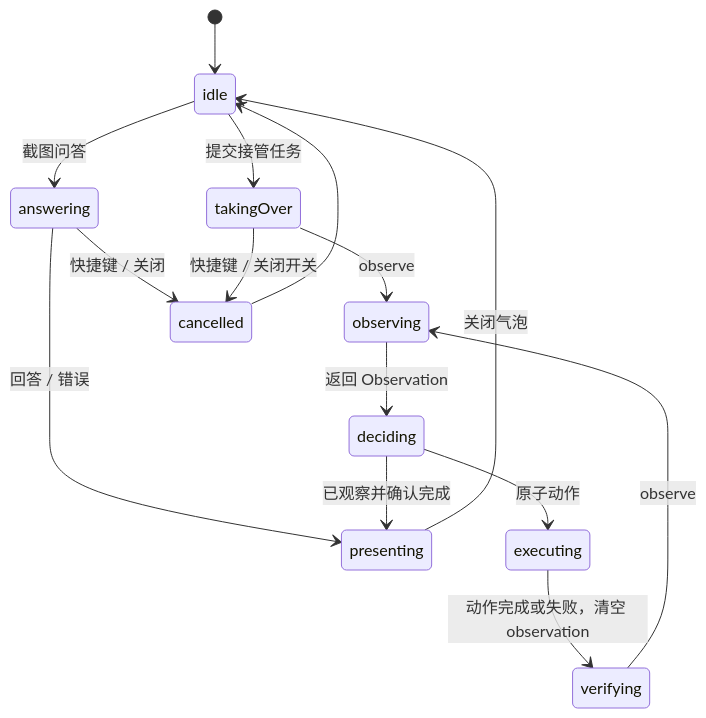
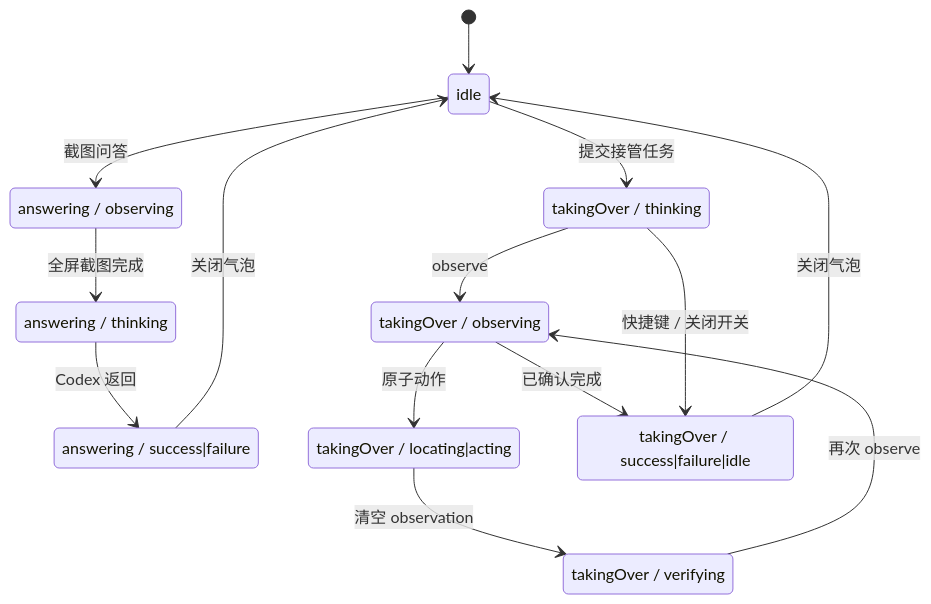
Before and after one commit to MarcWebber/ai-pet: the second of 2 diagrams in docs/CORE_PRODUCT_CONTRACT.md, drawn with Mermaid. The commit also changed other lines of this file and 43 other files, not shown here.

````diff
--- a/docs/CORE_PRODUCT_CONTRACT.md
+++ b/docs/CORE_PRODUCT_CONTRACT.md
@@ -100,17 +99,24 @@
 ```mermaid
 stateDiagram-v2
     [*] --> idle
-    idle --> answering: 截图问答
-    idle --> takingOver: 提交接管任务
-    answering --> presenting: 回答 / 错误
-    takingOver --> observing: observe
-    observing --> deciding: 返回 Observation
-    deciding --> executing: 原子动作
-    executing --> verifying: 动作完成或失败，清空 observation
-    verifying --> observing: observe
-    deciding --> presenting: 已观察并确认完成
-    answering --> cancelled: 快捷键 / 关闭
-    takingOver --> cancelled: 快捷键 / 关闭开关
-    presenting --> idle: 关闭气泡
-    cancelled --> idle
+    idle --> answerObserve: 截图问答
+    state "answering / observing" as answerObserve
+    state "answering / thinking" as answerThink
+    state "answering / success|failure" as answerResult
+    answerObserve --> answerThink: 全屏截图完成
+    answerThink --> answerResult: Codex 返回
+    answerResult --> idle: 关闭气泡
+    idle --> takeoverThink: 提交接管任务
+    state "takingOver / thinking" as takeoverThink
+    state "takingOver / observing" as takeoverObserve
+    state "takingOver / locating|acting" as takeoverAct
+    state "takingOver / verifying" as takeoverVerify
+    state "takingOver / success|failure|idle" as takeoverResult
+    takeoverThink --> takeoverObserve: observe
+    takeoverObserve --> takeoverAct: 原子动作
+    takeoverAct --> takeoverVerify: 清空 observation
+    takeoverVerify --> takeoverObserve: 再次 observe
+    takeoverObserve --> takeoverResult: 已确认完成
+    takeoverThink --> takeoverResult: 快捷键 / 关闭开关
+    takeoverResult --> idle: 关闭气泡
 ```
````
